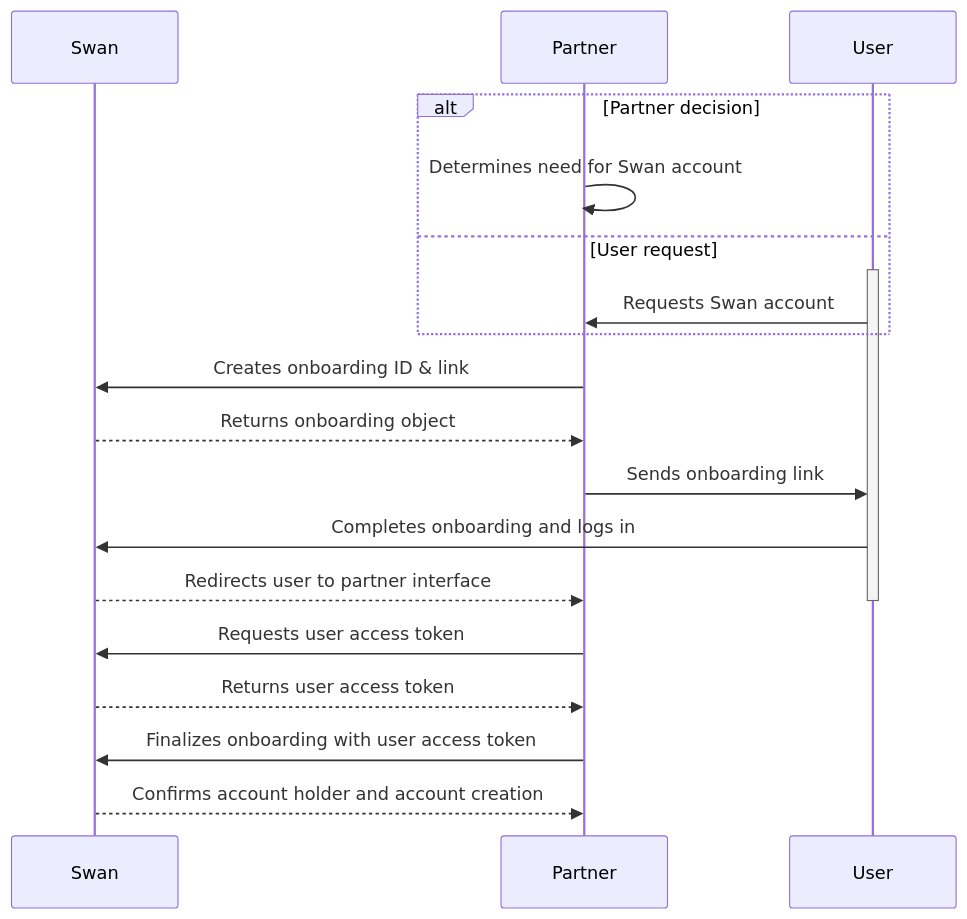
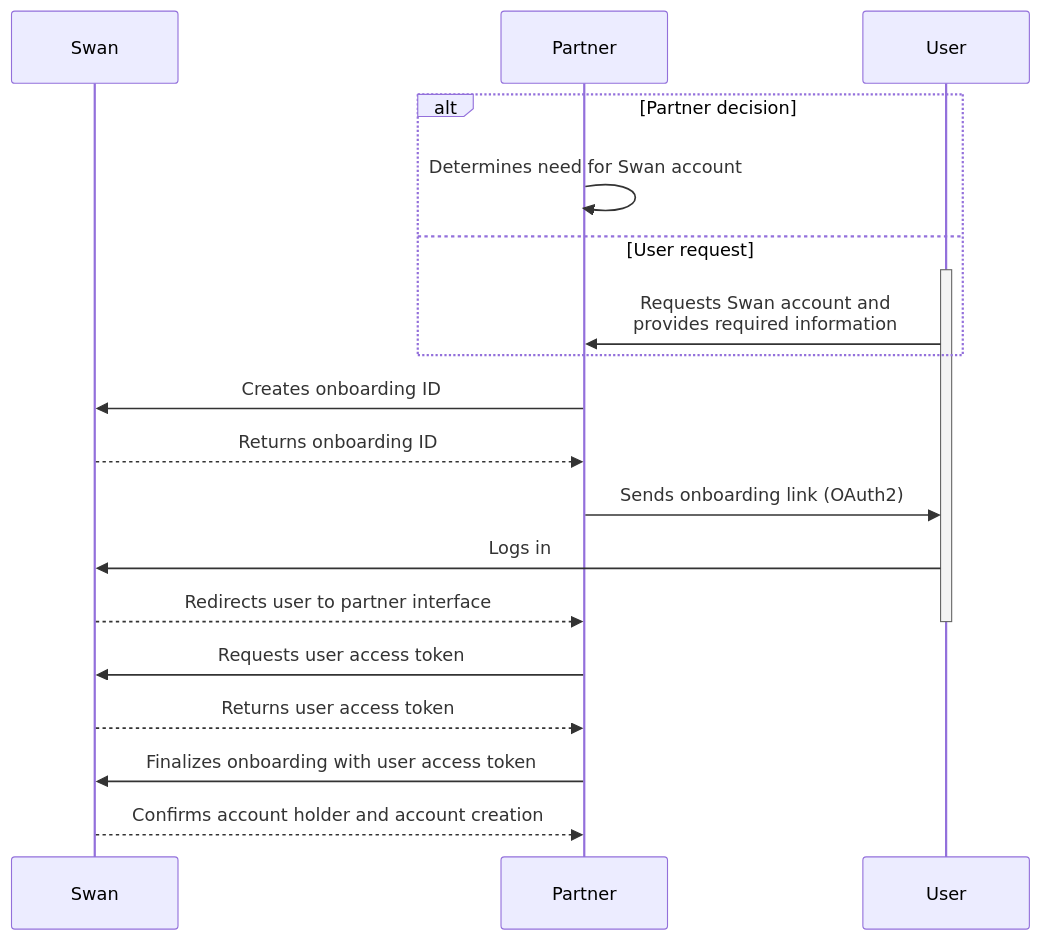
Before and after one commit to swan-io/docs: the second of 2 diagrams in docs/topics/onboarding/about.mdx, drawn with Mermaid. The commit also changed other lines of this file and 13 other files, not shown here.

````diff
--- a/docs/topics/onboarding/about.mdx
+++ b/docs/topics/onboarding/about.mdx
@@ -73,22 +72,22 @@
 ```mermaid
 sequenceDiagram
 participant S as Swan
 participant P as Partner
 participant U as User
     alt Partner decision
         P ->> P: Determines need for Swan account
     else User request
     activate U
-        U ->> P: Requests Swan account
+        U ->> P: Requests Swan account and<br/>provides required information
     end
-    P ->> S: Creates onboarding ID & link
-    S -->> P: Returns onboarding object
-    P ->> U: Sends onboarding link
-    U ->> S: Completes onboarding and logs in
+    P ->> S: Creates onboarding ID
+    S -->> P: Returns onboarding ID
+    P ->> U: Sends onboarding link (OAuth2)
+    U ->> S: Logs in
     S -->> P: Redirects user to partner interface
     deactivate U
     P ->> S: Requests user access token
     S -->> P: Returns user access token
     P ->> S: Finalizes onboarding with user access token
     S -->> P: Confirms account holder and account creation
 ```
````
